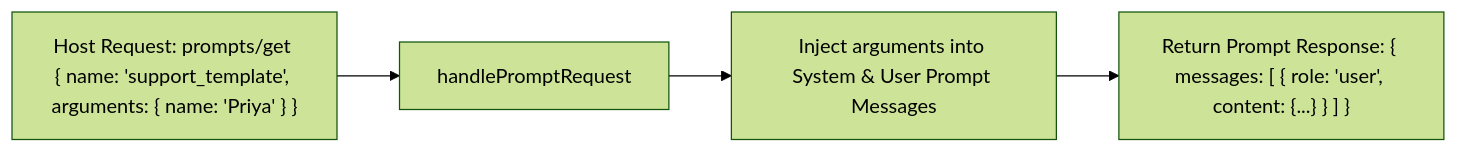
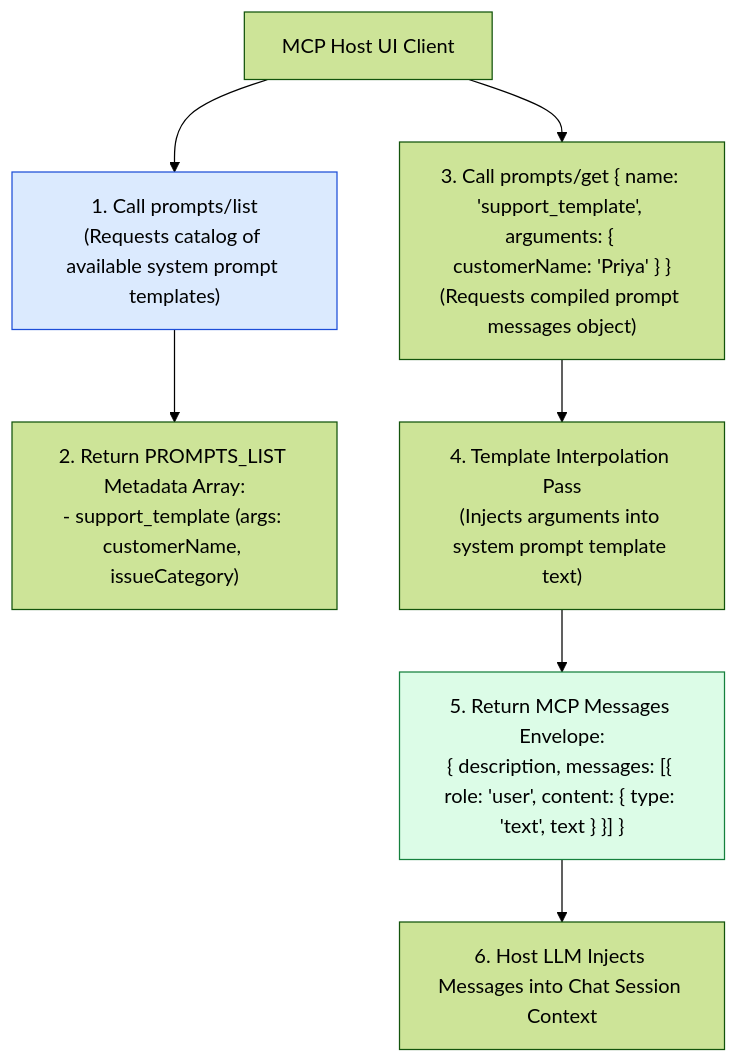
Before and after one commit to Amie-dev/engineering-playbook: the first of 3 diagrams in agentic-ai-notes/06-seva-mcp/04-mcp-prompts.md, drawn with Mermaid (forest theme). The commit also changed other lines of this file and 12 other files, not shown here.

````diff
--- a/agentic-ai-notes/06-seva-mcp/04-mcp-prompts.md
+++ b/agentic-ai-notes/06-seva-mcp/04-mcp-prompts.md
@@ -10,6 +13,17 @@
 ```mermaid
-flowchart LR
-    HostReq["Host Request: prompts/get { name: 'support_template', arguments: { name: 'Priya' } }"] --> PromptHandler[handlePromptRequest]
-    PromptHandler --> Template[Inject arguments into System & User Prompt Messages]
-    Template --> Result["Return Prompt Response: { messages: [ { role: 'user', content: {...} } ] }"]
+flowchart TD
+    HostUI[MCP Host UI Client] --> ListCall["1. Call prompts/list<br/>(Requests catalog of available system prompt templates)"]
+
+    ListCall --> TemplateCatalog["2. Return PROMPTS_LIST Metadata Array:<br/>- support_template (args: customerName, issueCategory)"]
+
+    HostUI --> GetCall["3. Call prompts/get { name: 'support_template', arguments: { customerName: 'Priya' } }<br/>(Requests compiled prompt messages object)"]
+
+    GetCall --> TemplateCompiler["4. Template Interpolation Pass<br/>(Injects arguments into system prompt template text)"]
+
+    TemplateCompiler --> MessagesEnvelope["5. Return MCP Messages Envelope:<br/>{ description, messages: [{ role: 'user', content: { type: 'text', text } }] }"]
+
+    MessagesEnvelope --> HostSystemPrompt[6. Host LLM Injects Messages into Chat Session Context]
+
+    style ListCall fill:#dbeafe,stroke:#1d4ed8
+    style MessagesEnvelope fill:#dcfce7,stroke:#15803d
 ```
````
